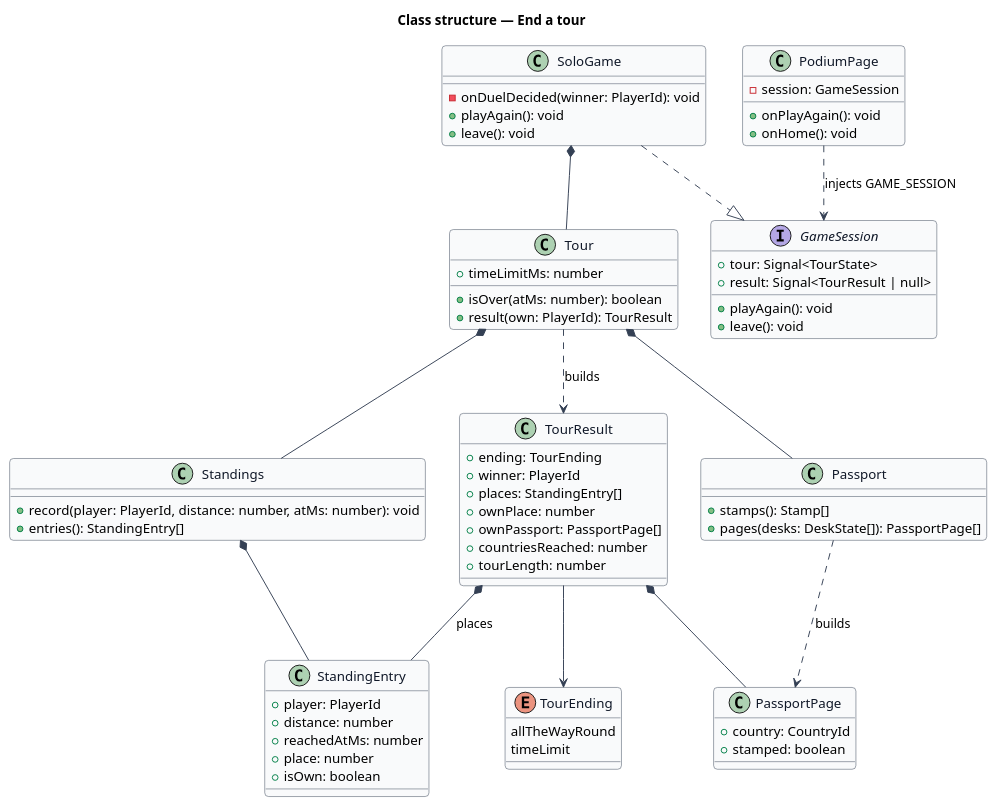
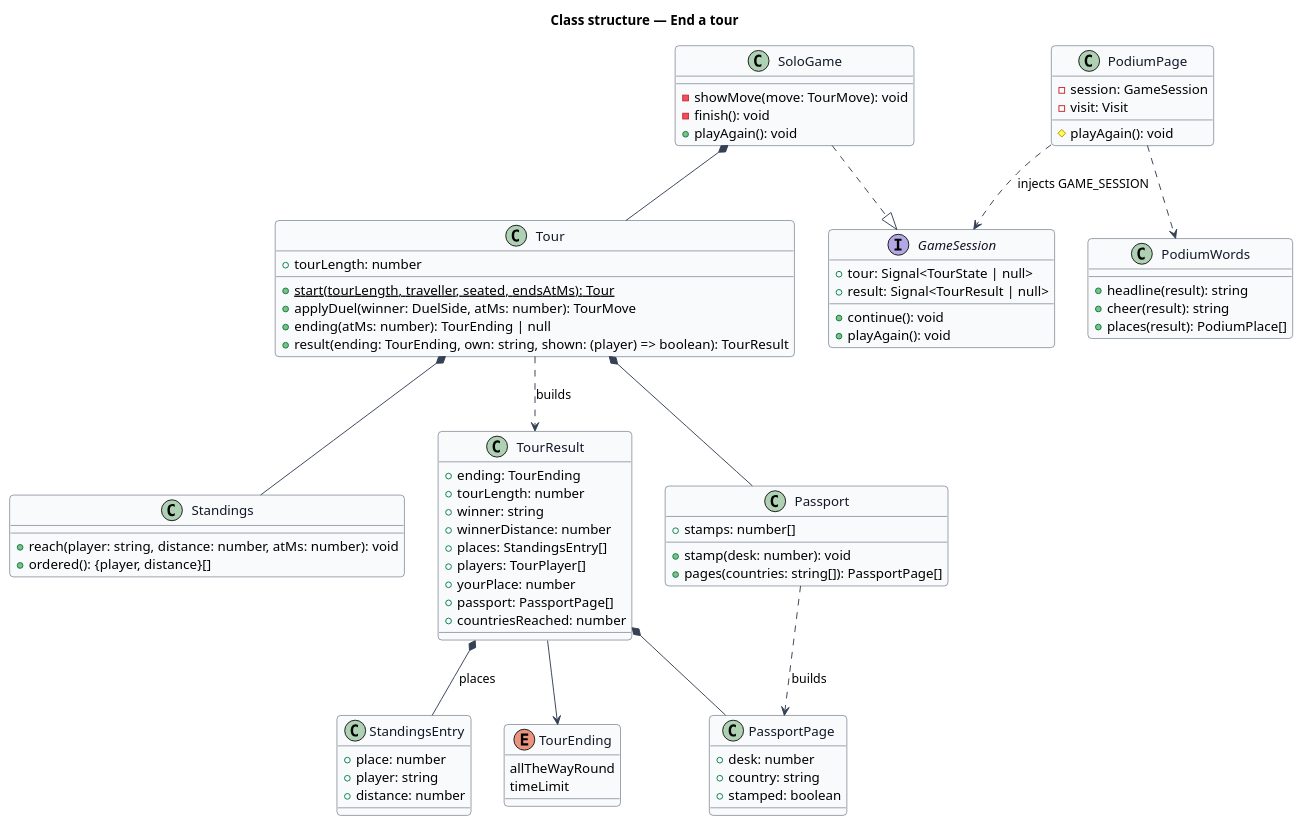
One commit to QuinntyneBrown/around-the-world changed the diagram in docs/detailed-designs/tour/end-tour/diagrams/class-structure.puml. Above: the diagram before and after it, drawn with PlantUML. The commit also changed 13 other files, not shown here.

First line of the commit message:
Settle how a tour ends: time limit, places, first stamp, headline and Play again

```diff
--- a/docs/detailed-designs/tour/end-tour/diagrams/class-structure.puml
+++ b/docs/detailed-designs/tour/end-tour/diagrams/class-structure.puml
@@ -1,81 +1,90 @@
 @startuml
 ' --- shared skin header ---
 skinparam backgroundColor #FFFFFF
 skinparam shadowing false
 skinparam roundcorner 8
 skinparam defaultFontName Arial
 skinparam ArrowColor #344054
 skinparam class {
   BorderColor #344054
   FontColor #101828
   BackgroundColor #F9FAFB
 }
 ' --------------------------
 title Class structure — End a tour
 
 class Tour {
-  +timeLimitMs: number
-  +isOver(atMs: number): boolean
-  +result(own: PlayerId): TourResult
+  +tourLength: number
+  +{static} start(tourLength, traveller, seated, endsAtMs): Tour
+  +applyDuel(winner: DuelSide, atMs: number): TourMove
+  +ending(atMs: number): TourEnding | null
+  +result(ending: TourEnding, own: string, shown: (player) => boolean): TourResult
 }
 class Standings {
-  +record(player: PlayerId, distance: number, atMs: number): void
-  +entries(): StandingEntry[]
+  +reach(player: string, distance: number, atMs: number): void
+  +ordered(): {player, distance}[]
 }
-class StandingEntry {
-  +player: PlayerId
+class StandingsEntry {
+  +place: number
+  +player: string
   +distance: number
-  +reachedAtMs: number
-  +place: number
-  +isOwn: boolean
 }
 class TourResult {
   +ending: TourEnding
-  +winner: PlayerId
-  +places: StandingEntry[]
-  +ownPlace: number
-  +ownPassport: PassportPage[]
+  +tourLength: number
+  +winner: string
+  +winnerDistance: number
+  +places: StandingsEntry[]
+  +players: TourPlayer[]
+  +yourPlace: number
+  +passport: PassportPage[]
   +countriesReached: number
-  +tourLength: number
 }
 enum TourEnding {
   allTheWayRound
   timeLimit
 }
 class PassportPage {
-  +country: CountryId
+  +desk: number
+  +country: string
   +stamped: boolean
 }
 class Passport {
-  +stamps(): Stamp[]
-  +pages(desks: DeskState[]): PassportPage[]
+  +stamp(desk: number): void
+  +stamps: number[]
+  +pages(countries: string[]): PassportPage[]
 }
 interface GameSession {
-  +tour: Signal<TourState>
+  +tour: Signal<TourState | null>
   +result: Signal<TourResult | null>
+  +continue(): void
   +playAgain(): void
-  +leave(): void
 }
 class SoloGame {
-  -onDuelDecided(winner: PlayerId): void
+  -showMove(move: TourMove): void
+  -finish(): void
   +playAgain(): void
-  +leave(): void
 }
 class PodiumPage {
   -session: GameSession
-  +onPlayAgain(): void
-  +onHome(): void
+  -visit: Visit
+  #playAgain(): void
+}
+class PodiumWords {
+  +headline(result): string
+  +cheer(result): string
+  +places(result): PodiumPlace[]
 }
 
 SoloGame ..|> GameSession
 SoloGame *-- Tour
 Tour *-- Standings
 Tour *-- Passport
 Tour ..> TourResult : builds
-Standings *-- StandingEntry
 TourResult --> TourEnding
-TourResult *-- StandingEntry : places
+TourResult *-- StandingsEntry : places
 TourResult *-- PassportPage
 Passport ..> PassportPage : builds
 PodiumPage ..> GameSession : injects GAME_SESSION
+PodiumPage ..> PodiumWords
 @enduml
```
